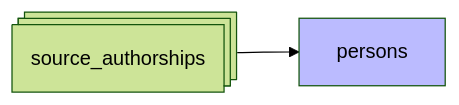
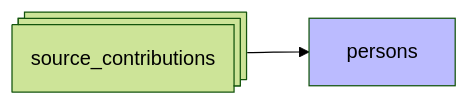
One commit to Y33sha/bibliometrie-uca changed the diagram in docs/pipeline/08-persons.md. Above: the diagram before and after it, drawn with Mermaid (forest theme). The commit also changed other lines of this file and 560 other files, not shown here.

````diff
--- a/docs/pipeline/08-persons.md
+++ b/docs/pipeline/08-persons.md
@@ -5,6 +5,6 @@
 ```mermaid
 flowchart LR
-    A@{ shape: procs, label: "source_authorships"}-->B[persons]
+    A@{ shape: procs, label: "source_contributions"}-->B[persons]
     classDef new  fill:#bbf
     class B new;
 ```
````
